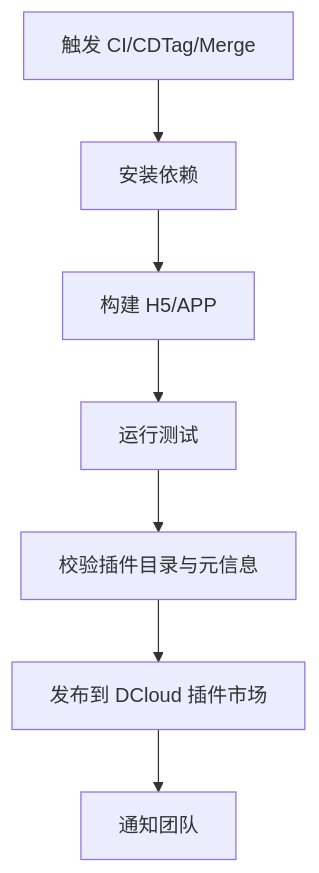
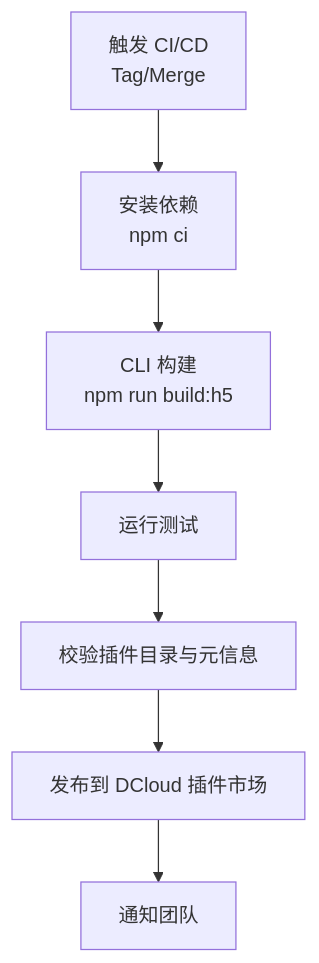
The seventh of 7 diagrams in .qoder/repowiki/zh/content/部署与发布指南.md (xyytwz/img-avatar-cropper), drawn with Mermaid before and after one commit. The commit also changed other lines of this file and 18 other files, not shown here.

````diff
--- a/.qoder/repowiki/zh/content/部署与发布指南.md
+++ b/.qoder/repowiki/zh/content/部署与发布指南.md
@@ -379,9 +460,9 @@
 ```mermaid
 flowchart TD
-Trigger["触发 CI/CDTag/Merge"] --> Install["安装依赖"]
-Install --> Build["构建 H5/APP"]
+Trigger["触发 CI/CD<br/>Tag/Merge"] --> Install["安装依赖<br/>npm ci"]
+Install --> Build["CLI 构建<br/>npm run build:h5"]
 Build --> Test["运行测试"]
 Test --> Lint["校验插件目录与元信息"]
 Lint --> Publish["发布到 DCloud 插件市场"]
 Publish --> Notify["通知团队"]
 ```
````
